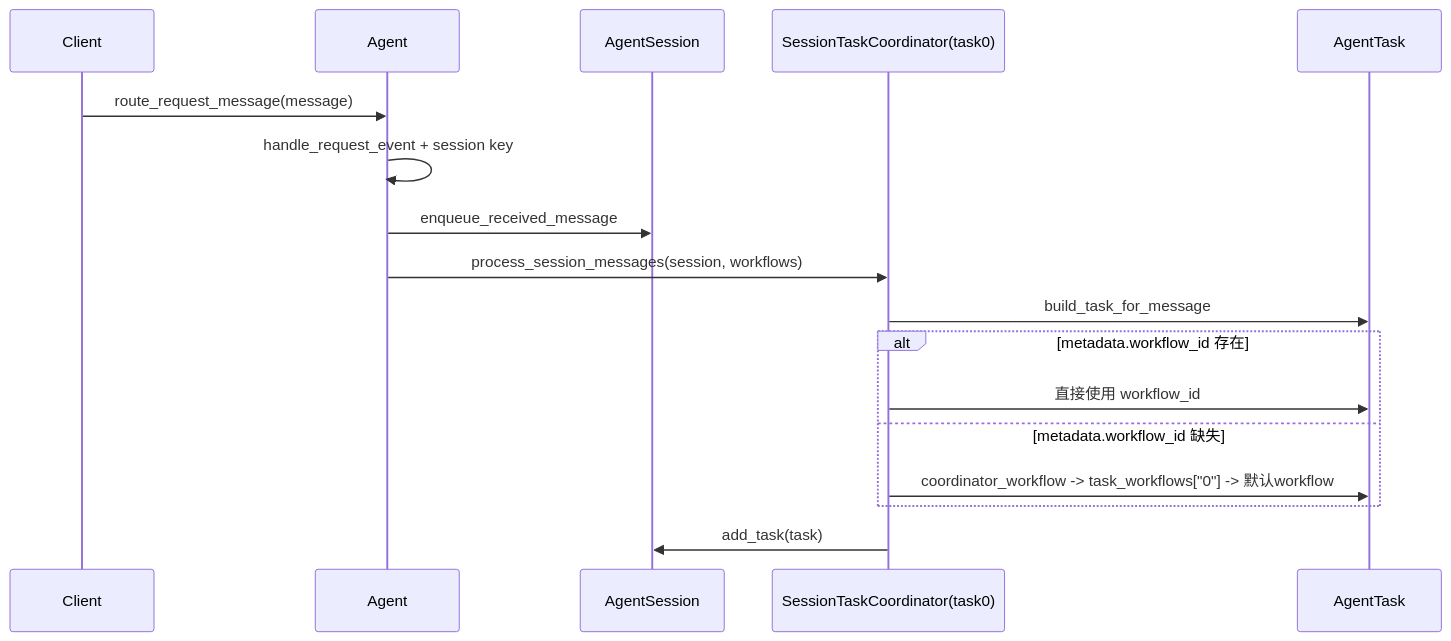
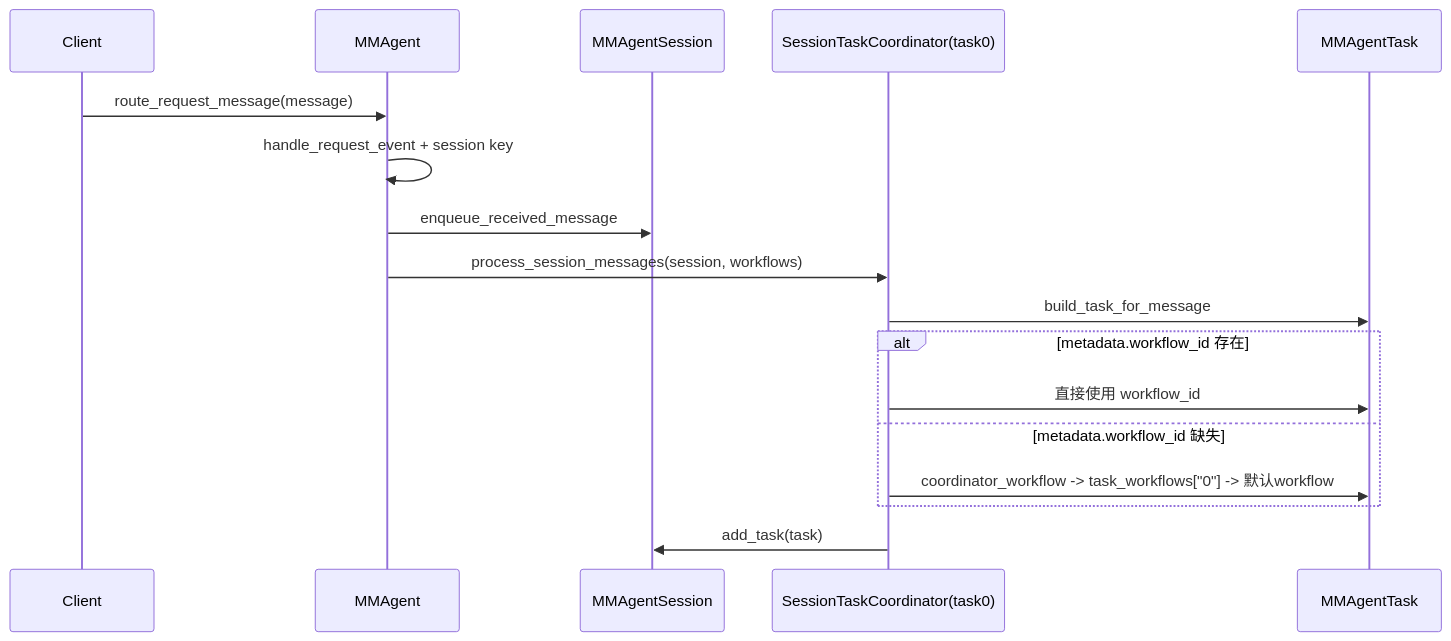
The second of 14 diagrams in docs/ARCHITECTURE.md (xyz11274/agentf), drawn with Mermaid before and after one commit. The commit also changed other lines of this file and 106 other files, not shown here.

````diff
--- a/docs/ARCHITECTURE.md
+++ b/docs/ARCHITECTURE.md
@@ -86,20 +86,20 @@
 ```mermaid
 sequenceDiagram
     participant C as Client
-    participant A as Agent
-    participant S as AgentSession
+    participant A as MMAgent
+    participant S as MMAgentSession
     participant CO as SessionTaskCoordinator(task0)
-    participant T as AgentTask
+    participant T as MMAgentTask
 
     C->>A: route_request_message(message)
     A->>A: handle_request_event + session key
     A->>S: enqueue_received_message
     A->>CO: process_session_messages(session, workflows)
     CO->>T: build_task_for_message
     alt metadata.workflow_id 存在
       CO->>T: 直接使用 workflow_id
     else metadata.workflow_id 缺失
       CO->>T: coordinator_workflow -> task_workflows["0"] -> 默认workflow
     end
     CO->>S: add_task(task)
 ```
````
